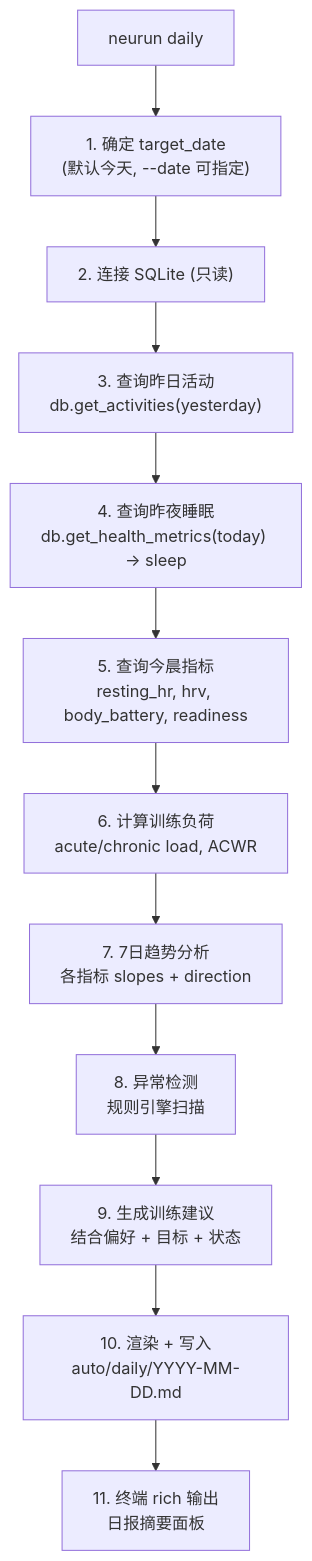
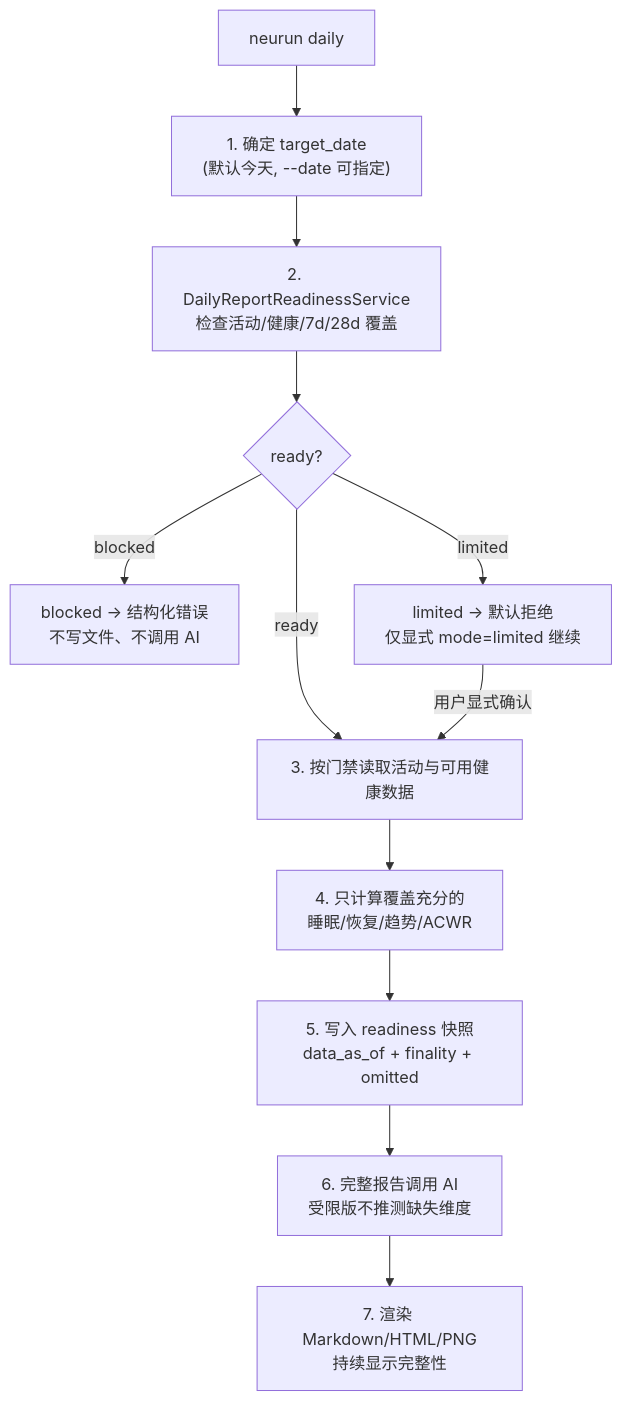
Before and after one commit to qd1993102/rundown: the third of 7 diagrams in docs/design/05-data-flow.md, drawn with Mermaid. The commit also changed other lines of this file and 179 other files, not shown here.

````diff
--- a/docs/design/05-data-flow.md
+++ b/docs/design/05-data-flow.md
@@ -67,17 +67,21 @@
 ```mermaid
 graph TD
     D1["neurun daily"]
     D2["1. 确定 target_date<br/>(默认今天, --date 可指定)"]
-    D3["2. 连接 SQLite (只读)"]
-    D4["3. 查询昨日活动<br/>db.get_activities(yesterday)"]
-    D5["4. 查询昨夜睡眠<br/>db.get_health_metrics(today) → sleep"]
-    D6["5. 查询今晨指标<br/>resting_hr, hrv, body_battery, readiness"]
-    D7["6. 计算训练负荷<br/>acute/chronic load, ACWR"]
-    D8["7. 7日趋势分析<br/>各指标 slopes + direction"]
-    D9["8. 异常检测<br/>规则引擎扫描"]
-    D10["9. 生成训练建议<br/>结合偏好 + 目标 + 状态"]
-    D11["10. 渲染 + 写入<br/>auto/daily/YYYY-MM-DD.md"]
-    D12["11. 终端 rich 输出<br/>日报摘要面板"]
+    D3["2. DailyReportReadinessService<br/>检查活动/健康/7d/28d 覆盖"]
+    D3A{"ready?"}
+    D3B["blocked → 结构化错误<br/>不写文件、不调用 AI"]
+    D3C["limited → 默认拒绝<br/>仅显式 mode=limited 继续"]
+    D4["3. 按门禁读取活动与可用健康数据"]
+    D5["4. 只计算覆盖充分的<br/>睡眠/恢复/趋势/ACWR"]
+    D6["5. 写入 readiness 快照<br/>data_as_of + finality + omitted"]
+    D7["6. 完整报告调用 AI<br/>受限版不推测缺失维度"]
+    D8["7. 渲染 Markdown/HTML/PNG<br/>持续显示完整性"]
 
-    D1 --> D2 --> D3 --> D4 --> D5 --> D6 --> D7 --> D8 --> D9 --> D10 --> D11 --> D12
+    D1 --> D2 --> D3 --> D3A
+    D3A -->|blocked| D3B
+    D3A -->|limited| D3C
+    D3A -->|ready| D4
+    D3C -->|用户显式确认| D4
+    D4 --> D5 --> D6 --> D7 --> D8
 ```
````
